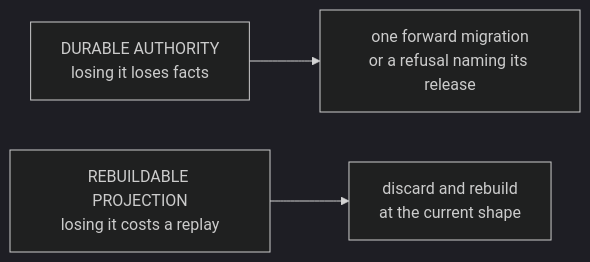
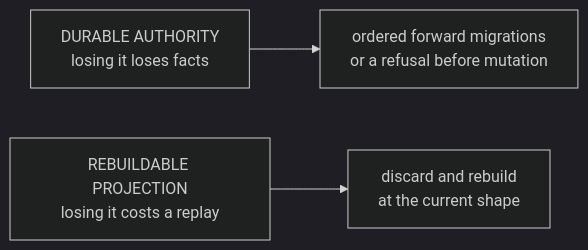
Before and after one commit to infimalabs/spice-rust: the ninth of 9 diagrams in docs/product/model/domain.md, drawn with Mermaid (dark theme). The commit also changed other lines of this file and 71 other files, not shown here.

````diff
--- a/docs/product/model/domain.md
+++ b/docs/product/model/domain.md
@@ -167,5 +166,5 @@
 ```mermaid
 flowchart LR
-  DA["DURABLE AUTHORITY<br/>losing it loses facts"] --> M["one forward migration<br/>or a refusal naming its release"]
+  DA["DURABLE AUTHORITY<br/>losing it loses facts"] --> M["ordered forward migrations<br/>or a refusal before mutation"]
   RP["REBUILDABLE PROJECTION<br/>losing it costs a replay"] --> D["discard and rebuild<br/>at the current shape"]
 ```
````
